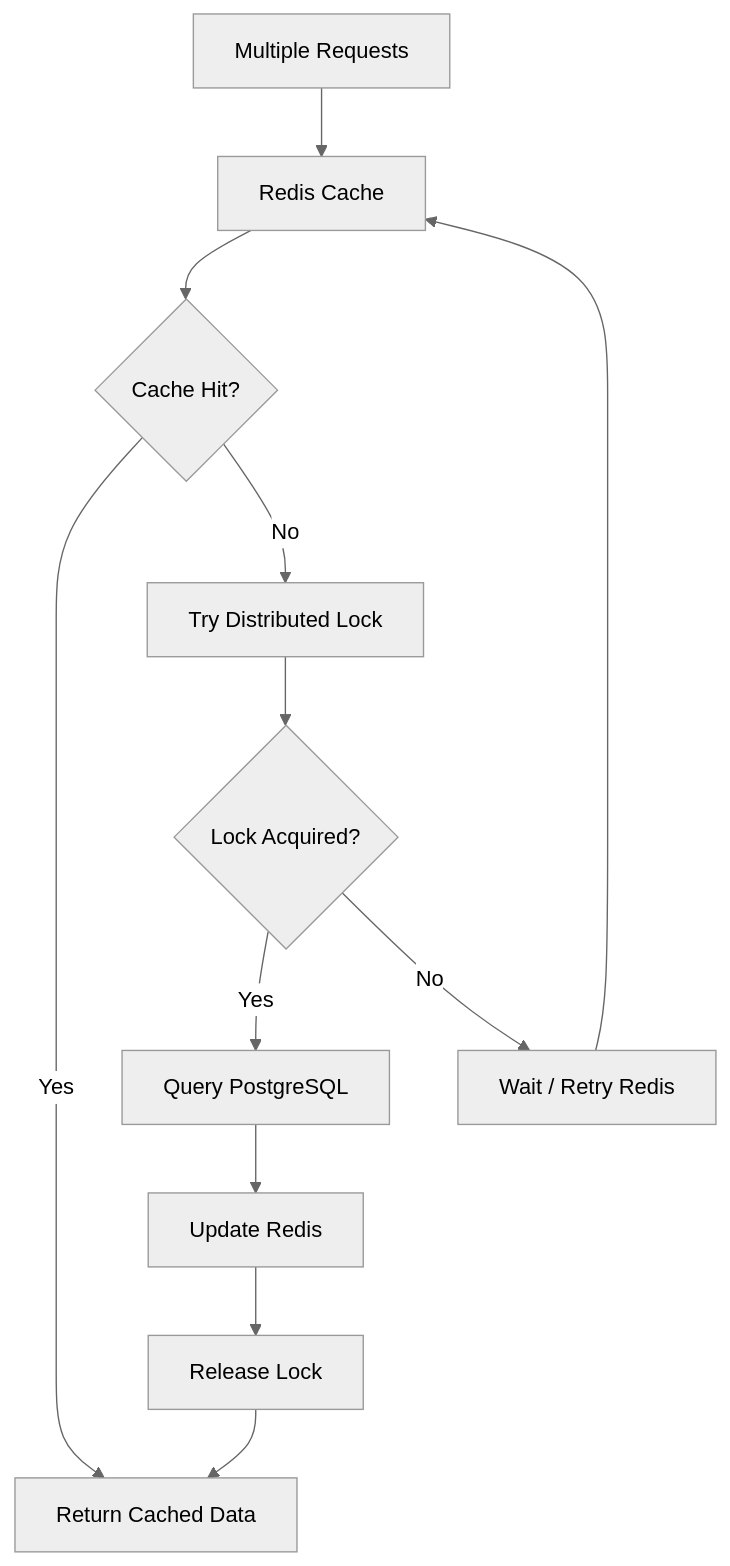
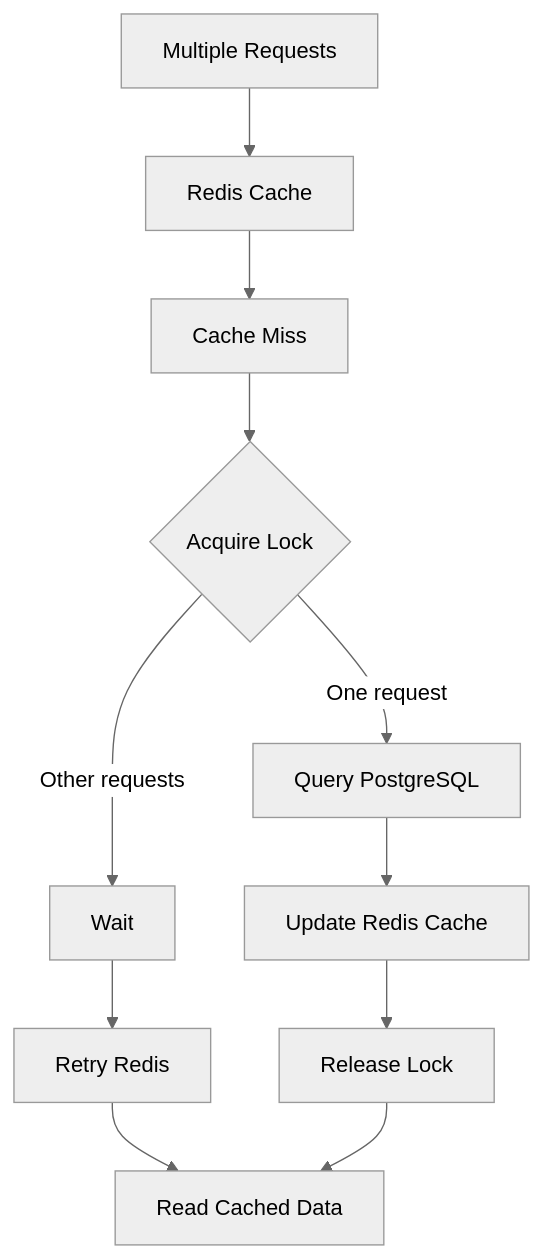
Before and after one commit to SathvikHegade/food_delivary_backend: the fourth of 9 diagrams in README.md, drawn with Mermaid (neutral theme). The commit also changed other lines of this file and 7 other files, not shown here.

````diff
--- a/README.md
+++ b/README.md
@@ -176,18 +236,20 @@
 ```mermaid
 flowchart TD
     A["Multiple Requests"] --> B["Redis Cache"]
 
-    B --> C{"Cache Hit?"}
-    C -->|Yes| D["Return Cached Data"]
-    C -->|No| E["Try Distributed Lock"]
+    B --> C["Cache Miss"]
 
-    E --> F{"Lock Acquired?"}
-    F -->|Yes| G["Query PostgreSQL"]
-    G --> H["Update Redis"]
-    H --> I["Release Lock"]
+    C --> D{"Acquire Lock"}
 
-    F -->|No| J["Wait / Retry Redis"]
-    J --> B
+    D -->|One request| E["Query PostgreSQL"]
+    D -->|Other requests| F["Wait"]
 
-    I --> D
+    E --> G["Update Redis Cache"]
+    G --> H["Release Lock"]
+
+    F --> I["Retry Redis"]
+
+    I --> J["Read Cached Data"]
+
+    H --> J
 ```
````
